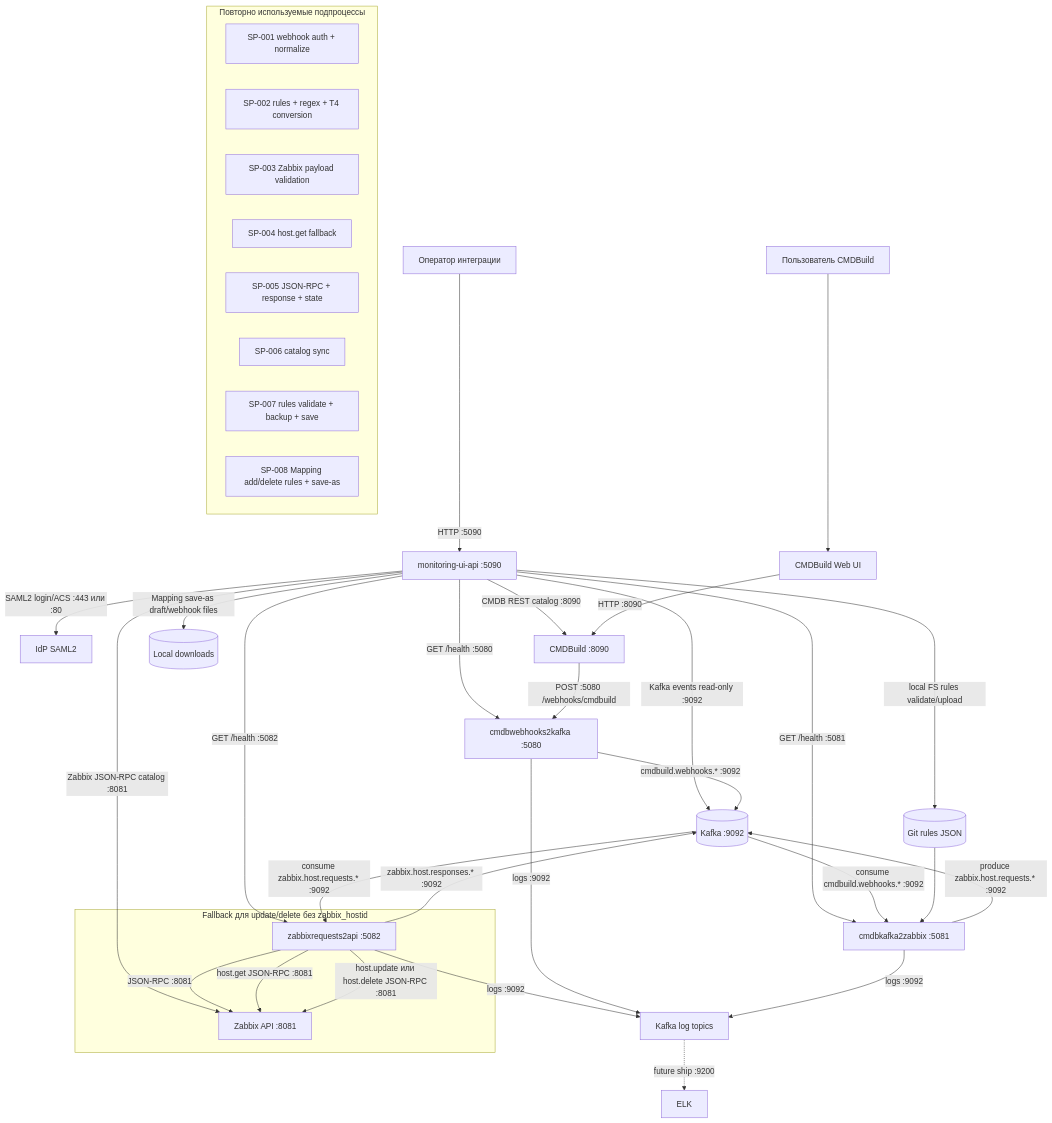
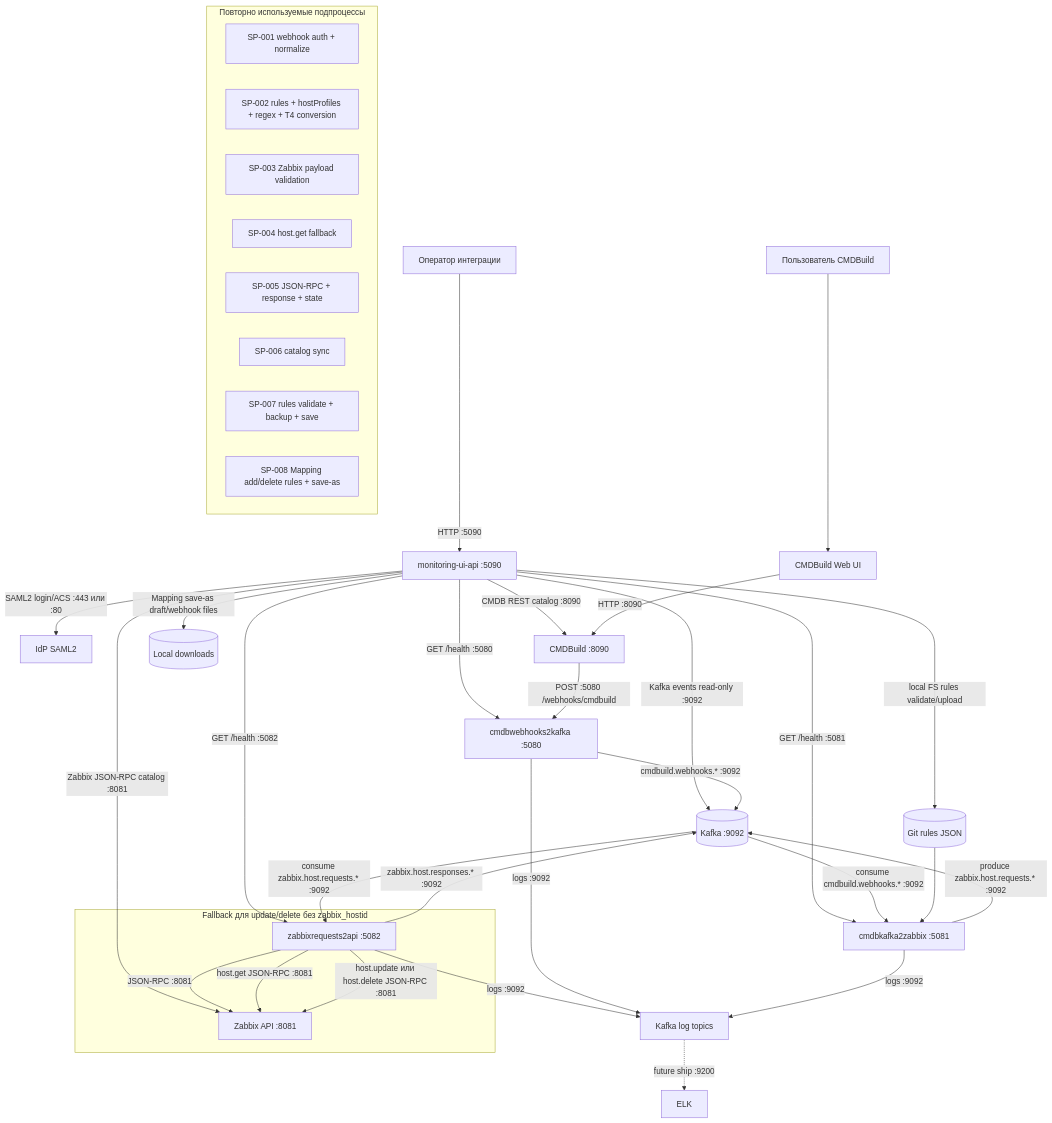
One commit to igorlyapin-max/cmdb2monitoring changed the diagram in aa/business-process.mmd. Above: the diagram before and after it, drawn with Mermaid. The commit also changed 29 other files, not shown here.

Commit message:
Add host profiles and multi-interface conversion

```diff
--- a/aa/business-process.mmd
+++ b/aa/business-process.mmd
@@ -1,41 +1,41 @@
 flowchart TD
     user[Пользователь CMDBuild] --> ui[CMDBuild Web UI]
     operator[Оператор интеграции] -->|HTTP :5090| monui[monitoring-ui-api :5090]
     monui -->|SAML2 login/ACS :443 или :80| idp[IdP SAML2]
     monui -->|CMDB REST catalog :8090| cmdb
     monui -->|Zabbix JSON-RPC catalog :8081| zabbix
     monui -->|local FS rules validate/upload| rules[(Git rules JSON)]
     monui -->|Mapping save-as draft/webhook files| downloads[(Local downloads)]
     monui -->|GET /health :5080| wh
     monui -->|GET /health :5081| conv
     monui -->|GET /health :5082| api
     monui -->|Kafka events read-only :9092| kafka
     ui -->|HTTP :8090| cmdb[CMDBuild :8090]
     cmdb -->|POST :5080 /webhooks/cmdbuild| wh[cmdbwebhooks2kafka :5080]
     wh -->|cmdbuild.webhooks.* :9092| kafka[(Kafka :9092)]
     kafka -->|consume cmdbuild.webhooks.* :9092| conv[cmdbkafka2zabbix :5081]
     rules --> conv
     conv -->|produce zabbix.host.requests.* :9092| kafka
     kafka -->|consume zabbix.host.requests.* :9092| api[zabbixrequests2api :5082]
     api -->|JSON-RPC :8081| zabbix[Zabbix API :8081]
     api -->|zabbix.host.responses.* :9092| kafka
     wh -->|logs :9092| logs[Kafka log topics]
     conv -->|logs :9092| logs
     api -->|logs :9092| logs
     logs -. future ship :9200 .-> elk[ELK]
 
     subgraph subprocesses[Повторно используемые подпроцессы]
         sp1[SP-001 webhook auth + normalize]
-        sp2[SP-002 rules + regex + T4 conversion]
+        sp2[SP-002 rules + hostProfiles + regex + T4 conversion]
         sp3[SP-003 Zabbix payload validation]
         sp4[SP-004 host.get fallback]
         sp5[SP-005 JSON-RPC + response + state]
         sp6[SP-006 catalog sync]
         sp7[SP-007 rules validate + backup + save]
         sp8[SP-008 Mapping add/delete rules + save-as]
     end
 
     subgraph fallback[Fallback для update/delete без zabbix_hostid]
         api -->|host.get JSON-RPC :8081| zabbix
         api -->|host.update или host.delete JSON-RPC :8081| zabbix
     end
```
